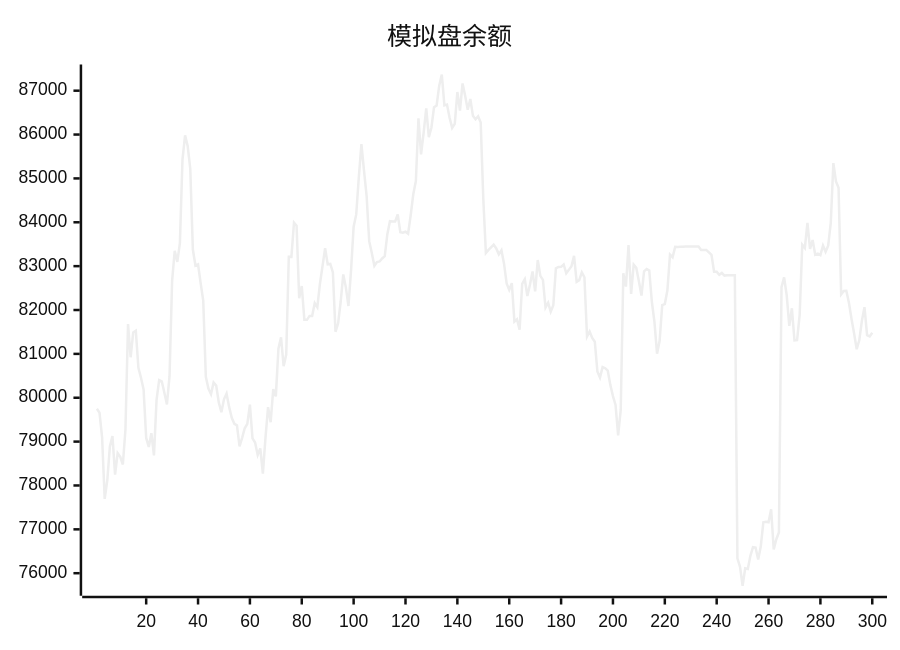
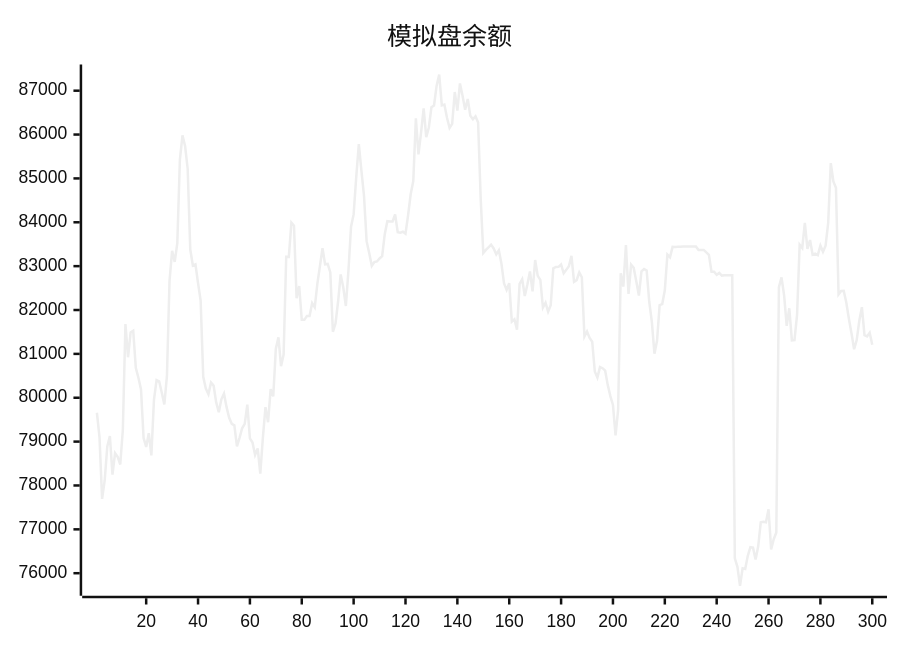
One commit to aahl/ai-trading changed the diagram in README.md. Above: the diagram before and after it, drawn with Mermaid (neutral theme). The commit also changed other lines of this file and 1 other file, not shown here.

````diff
--- a/README.md
+++ b/README.md
@@ -5,5 +5,5 @@
 ```mermaid
 xychart
     title "模拟盘余额"
-    line [79749,79658,79097,77695,78114,78888,79126,78249,78738,78653,78478,79271,81680,80923,81488,81527,80681,80455,80190,79084,78879,79193,78686,79954,80403,80374,80118,79848,80491,82665,83351,83098,83525,85430,85983,85737,85221,83378,83014,83043,82613,82216,80477,80208,80081,80348,80277,79894,79670,79965,80093,79786,79542,79406,79371,78893,79087,79304,79406,79841,79072,78978,78696,78846,78272,79085,79787,79442,80198,80031,81120,81379,80718,80985,83214,83212,83993,83921,82270,82547,81776,81776,81866,81866,82158,82061,82596,83000,83408,83041,83050,82858,81503,81691,82188,82812,82517,82092,82901,83898,84180,85030,85781,85178,84604,83569,83298,83008,83093,83107,83175,83228,83729,84025,84017,84019,84177,83775,83762,83785,83738,84160,84639,84939,86370,85548,86046,86599,85942,86161,86622,86664,87115,87369,86666,86685,86384,86152,86243,86969,86548,87164,86885,86566,86809,86427,86348,86417,86273,84538,83299,83369,83430,83490,83404,83270,83362,83056,82605,82459,82614,81734,81788,81551,82598,82702,82320,82580,82878,82426,83139,82778,82686,82056,82166,81963,82110,82951,82983,82984,83038,82838,82915,82998,83235,82642,82682,82858,82746,81396,81512,81362,81277,80600,80461,80699,80673,80616,80288,80038,79836,79142,79722,82837,82533,83480,82366,83032,82960,82654,82330,82883,82934,82901,82188,81728,81005,81298,82110,82135,82449,83264,83203,83440,83439,83440,83440,83446,83447,83448,83447,83448,83449,83369,83369,83369,83313,83256,82872,82873,82801,82844,82785,82791,82791,82793,82794,76339,76145,75714,76110,76096,76397,76594,76585,76310,76607,77160,77170,77160,77456,76541,76774,76927,82520,82744,82337,81639,82040,81307,81314,81887,83490,83414,83984,83396,83594,83261,83287,83253,83470,83327,83465,83987,85348,84930,84786,82355,82433,82438,82167,81795,81466,81105,81315,81756,82064,81426,81398,81481]
+    line [79658,79097,77695,78114,78888,79126,78249,78738,78653,78478,79271,81680,80923,81488,81527,80681,80455,80190,79084,78879,79193,78686,79954,80403,80374,80118,79848,80491,82665,83351,83098,83525,85430,85983,85737,85221,83378,83014,83043,82613,82216,80477,80208,80081,80348,80277,79894,79670,79965,80093,79786,79542,79406,79371,78893,79087,79304,79406,79841,79072,78978,78696,78846,78272,79085,79787,79442,80198,80031,81120,81379,80718,80985,83214,83212,83993,83921,82270,82547,81776,81776,81866,81866,82158,82061,82596,83000,83408,83041,83050,82858,81503,81691,82188,82812,82517,82092,82901,83898,84180,85030,85781,85178,84604,83569,83298,83008,83093,83107,83175,83228,83729,84025,84017,84019,84177,83775,83762,83785,83738,84160,84639,84939,86370,85548,86046,86599,85942,86161,86622,86664,87115,87369,86666,86685,86384,86152,86243,86969,86548,87164,86885,86566,86809,86427,86348,86417,86273,84538,83299,83369,83430,83490,83404,83270,83362,83056,82605,82459,82614,81734,81788,81551,82598,82702,82320,82580,82878,82426,83139,82778,82686,82056,82166,81963,82110,82951,82983,82984,83038,82838,82915,82998,83235,82642,82682,82858,82746,81396,81512,81362,81277,80600,80461,80699,80673,80616,80288,80038,79836,79142,79722,82837,82533,83480,82366,83032,82960,82654,82330,82883,82934,82901,82188,81728,81005,81298,82110,82135,82449,83264,83203,83440,83439,83440,83440,83446,83447,83448,83447,83448,83449,83369,83369,83369,83313,83256,82872,82873,82801,82844,82785,82791,82791,82793,82794,76339,76145,75714,76110,76096,76397,76594,76585,76310,76607,77160,77170,77160,77456,76541,76774,76927,82520,82744,82337,81639,82040,81307,81314,81887,83490,83414,83984,83396,83594,83261,83287,83253,83470,83327,83465,83987,85348,84930,84786,82355,82433,82438,82167,81795,81466,81105,81315,81756,82064,81426,81398,81481,81210]
 ```
````
